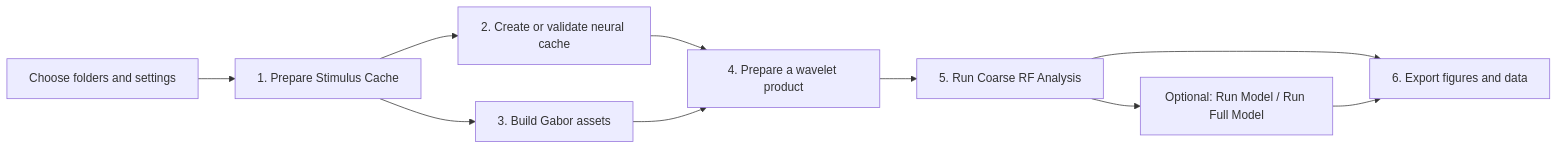
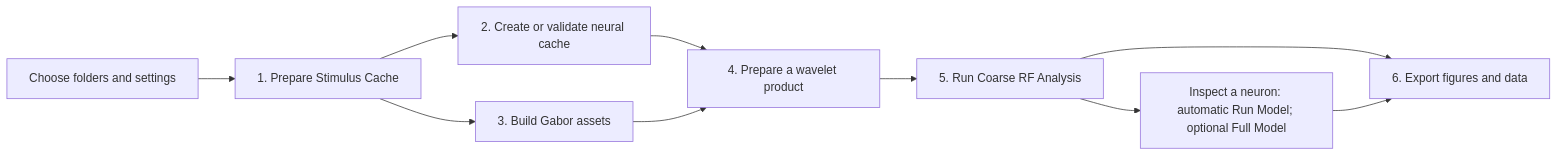
Before and after one commit to abdwaleed/waven: the diagram in docs/tutorials/first-gui-analysis.md, drawn with Mermaid. The commit also changed other lines of this file and 7 other files, not shown here.

Commit message:
embedded run model directly into inspect single neuron button; run full model is optional

````diff
--- a/docs/tutorials/first-gui-analysis.md
+++ b/docs/tutorials/first-gui-analysis.md
@@ -7,12 +7,12 @@
 ```mermaid
 flowchart LR
   A["Choose folders and settings"] --> B["1. Prepare Stimulus Cache"]
   B --> C["2. Create or validate neural cache"]
   B --> D["3. Build Gabor assets"]
   C --> E["4. Prepare a wavelet product"]
   D --> E
   E --> F["5. Run Coarse RF Analysis"]
-  F --> G["Optional: Run Model / Run Full Model"]
+  F --> G["Inspect a neuron: automatic Run Model; optional Full Model"]
   F --> H["6. Export figures and data"]
   G --> H
 ```
````
